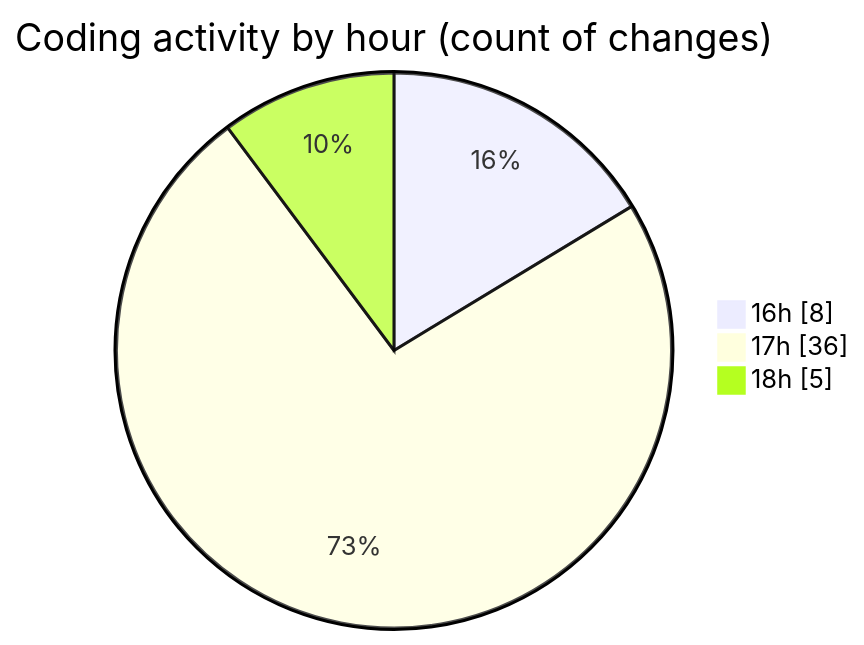
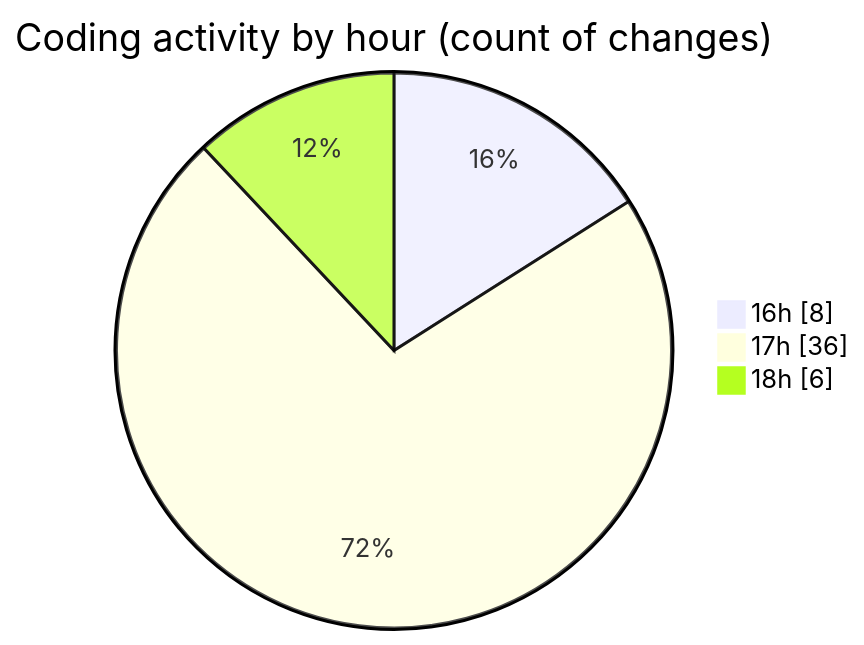
One commit to robertbonfada/code-tracking changed the second of 2 diagrams in 2025-01-08/mbc-web/README.md. Above: the diagram before and after it, drawn with Mermaid. The commit also changed other lines of this file and 1 other file, not shown here.

````diff
--- a/2025-01-08/mbc-web/README.md
+++ b/2025-01-08/mbc-web/README.md
@@ -43,7 +43,7 @@
 ```mermaid
 pie showData
 title Coding activity by hour (count of changes)
 "16h" : 8
 "17h" : 36
-"18h" : 5
+"18h" : 6
 ```
````
